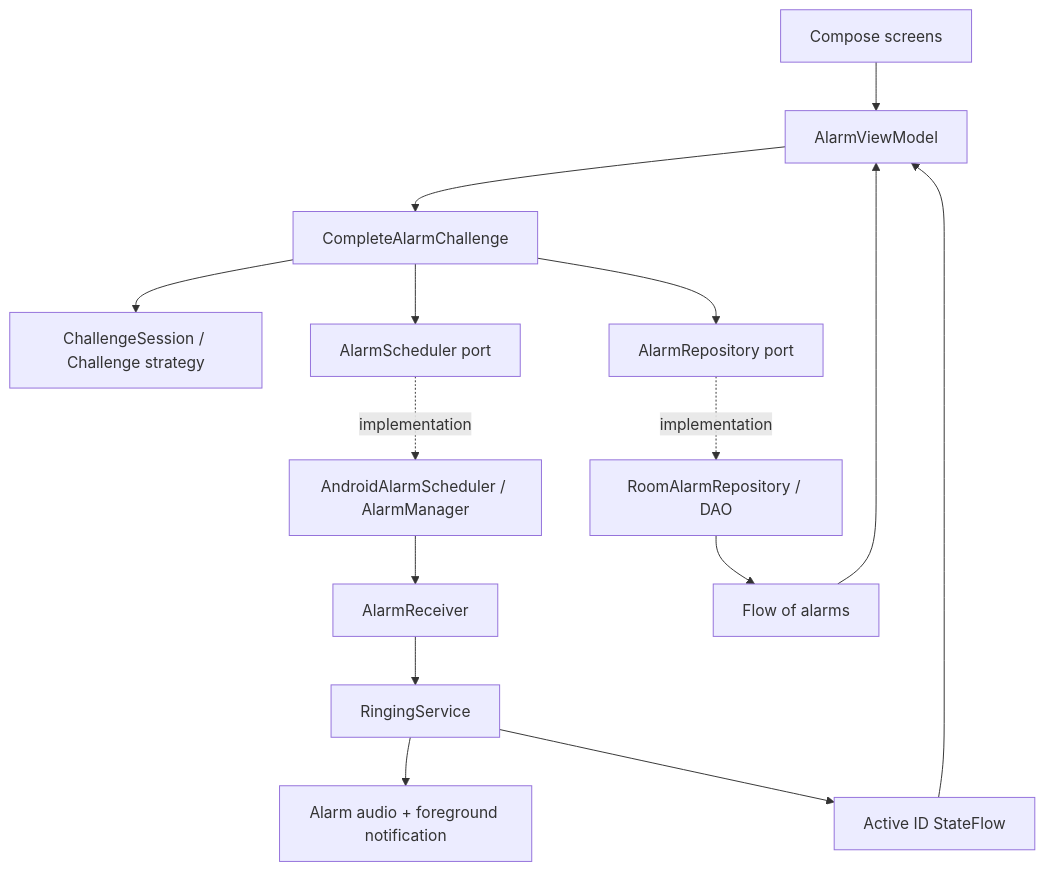
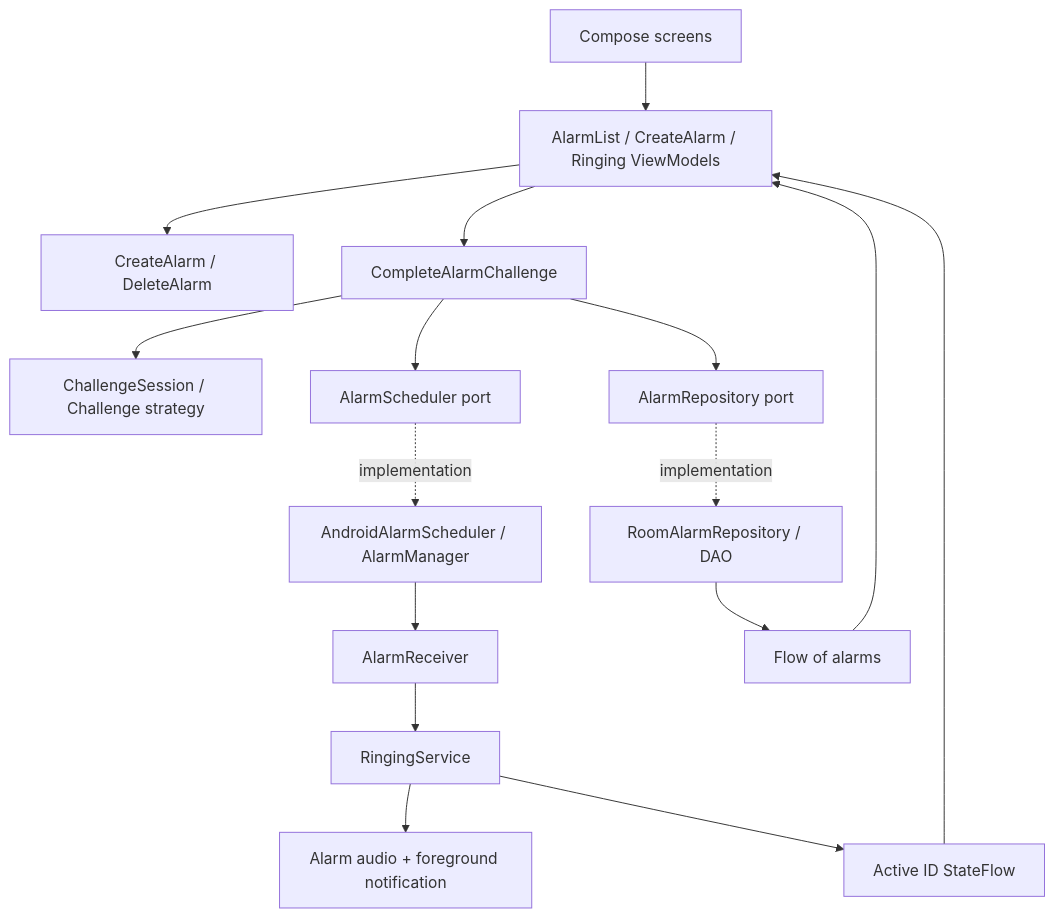
One commit to samnamdeo1306/Android-Apps changed the diagram in apps/daybreak/docs/ARCHITECTURE.md. Above: the diagram before and after it, drawn with Mermaid. The commit also changed other lines of this file and 27 other files, not shown here.

````diff
--- a/apps/daybreak/docs/ARCHITECTURE.md
+++ b/apps/daybreak/docs/ARCHITECTURE.md
@@ -7,17 +7,18 @@
 ```mermaid
 flowchart TD
-    UI[Compose screens] --> VM[AlarmViewModel]
+    UI[Compose screens] --> VM[AlarmList / CreateAlarm / Ringing ViewModels]
+    VM --> CREATE[CreateAlarm / DeleteAlarm]
     VM --> UC[CompleteAlarmChallenge]
     UC --> CS[ChallengeSession / Challenge strategy]
     UC --> RP[AlarmRepository port]
     UC --> SP[AlarmScheduler port]
     RP -. implementation .-> ROOM[RoomAlarmRepository / DAO]
     SP -. implementation .-> AM[AndroidAlarmScheduler / AlarmManager]
     AM --> RX[AlarmReceiver]
     RX --> SVC[RingingService]
     SVC --> AUDIO[Alarm audio + foreground notification]
     SVC --> ACTIVE[Active ID StateFlow]
     ACTIVE --> VM
     ROOM --> FLOW[Flow of alarms]
     FLOW --> VM
 ```
````
